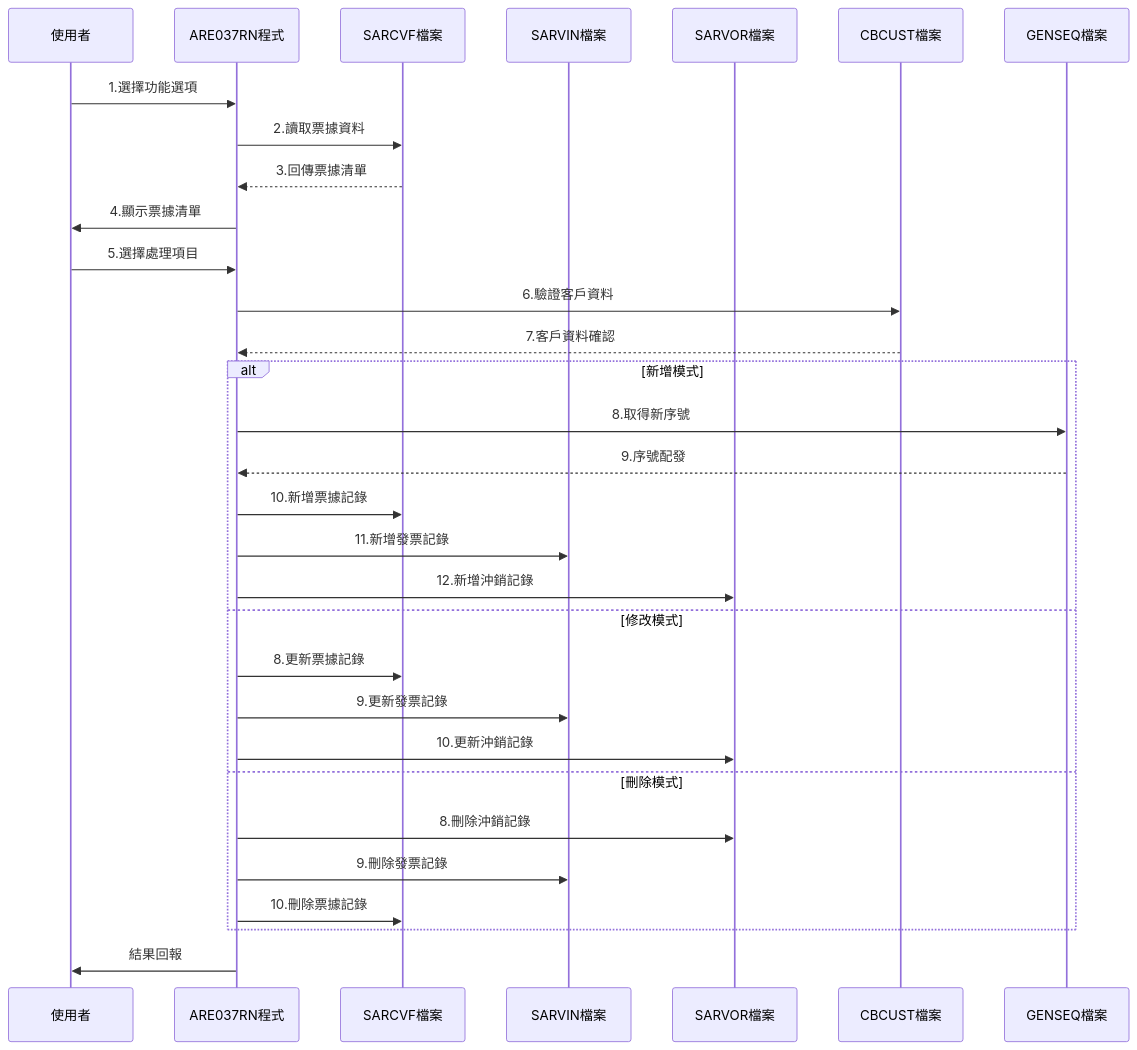
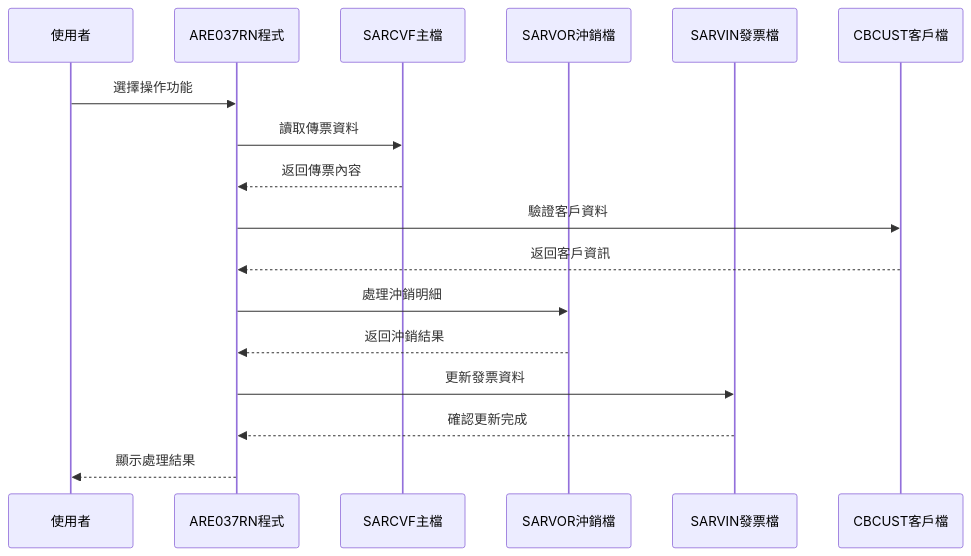
The fourth of 7 diagrams in 東鋼/規格書/ARE037RN_P02.md (WK195838/tongkang), drawn with Mermaid before and after one commit. The commit also changed other lines of this file, not shown here.

````diff
--- a/東鋼/規格書/ARE037RN_P02.md
+++ b/東鋼/規格書/ARE037RN_P02.md
@@ -98,37 +176,20 @@
 ```mermaid
 sequenceDiagram
     participant U as 使用者
     participant P as ARE037RN程式
-    participant S as SARCVF檔案
-    participant V as SARVIN檔案
-    participant O as SARVOR檔案
-    participant C as CBCUST檔案
-    participant G as GENSEQ檔案
+    participant C as SARCVF主檔
+    participant V as SARVOR沖銷檔
+    participant I as SARVIN發票檔
+    participant B as CBCUST客戶檔
     
-    U->>P: 1.選擇功能選項
-    P->>S: 2.讀取票據資料
-    S-->>P: 3.回傳票據清單
-    P->>U: 4.顯示票據清單
-    
-    U->>P: 5.選擇處理項目
-    P->>C: 6.驗證客戶資料
-    C-->>P: 7.客戶資料確認
-    
-    alt 新增模式
-        P->>G: 8.取得新序號
-        G-->>P: 9.序號配發
-        P->>S: 10.新增票據記錄
-        P->>V: 11.新增發票記錄
-        P->>O: 12.新增沖銷記錄
-    else 修改模式
-        P->>S: 8.更新票據記錄
-        P->>V: 9.更新發票記錄
-        P->>O: 10.更新沖銷記錄
-    else 刪除模式
-        P->>O: 8.刪除沖銷記錄
-        P->>V: 9.刪除發票記錄
-        P->>S: 10.刪除票據記錄
-    end
-    
-    P->>U: 結果回報
+    U->>P: 選擇操作功能
+    P->>C: 讀取傳票資料
+    C-->>P: 返回傳票內容
+    P->>B: 驗證客戶資料
+    B-->>P: 返回客戶資訊
+    P->>V: 處理沖銷明細
+    V-->>P: 返回沖銷結果
+    P->>I: 更新發票資料
+    I-->>P: 確認更新完成
+    P-->>U: 顯示處理結果
 ```
````
